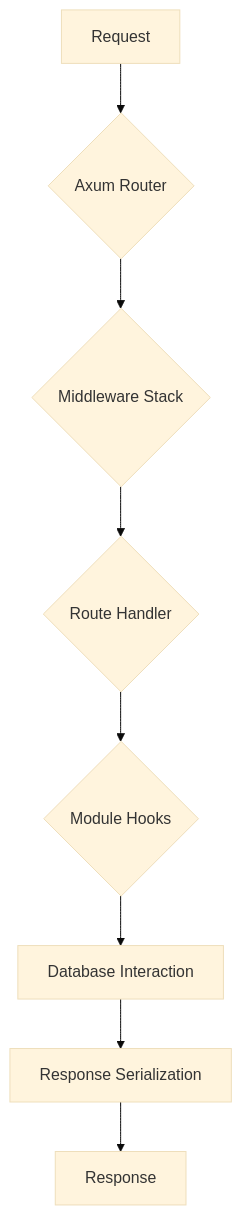
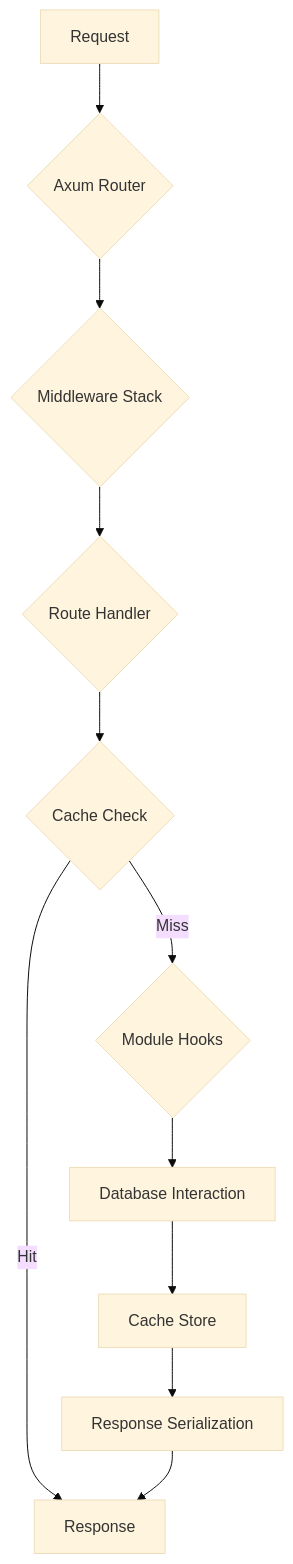
One commit to gatewaynode/marain changed the second of 3 diagrams in documentation/MARAIN-ARCH.md. Above: the diagram before and after it, drawn with Mermaid (base theme). The commit also changed other lines of this file and 15 other files, not shown here.

````diff
--- a/documentation/MARAIN-ARCH.md
+++ b/documentation/MARAIN-ARCH.md
@@ -122,11 +129,14 @@
 ```mermaid
 graph TD
     A[Request] --> B{Axum Router}
     B --> C{Middleware Stack}
     C --> D{Route Handler}
-    D --> E{Module Hooks}
-    E --> F[Database Interaction]
-    F --> G[Response Serialization]
-    G --> H[Response]
+    D --> E{Cache Check}
+    E -->|Hit| H[Response]
+    E -->|Miss| F{Module Hooks}
+    F --> G[Database Interaction]
+    G --> I[Cache Store]
+    I --> J[Response Serialization]
+    J --> H[Response]
 
 ```
````
